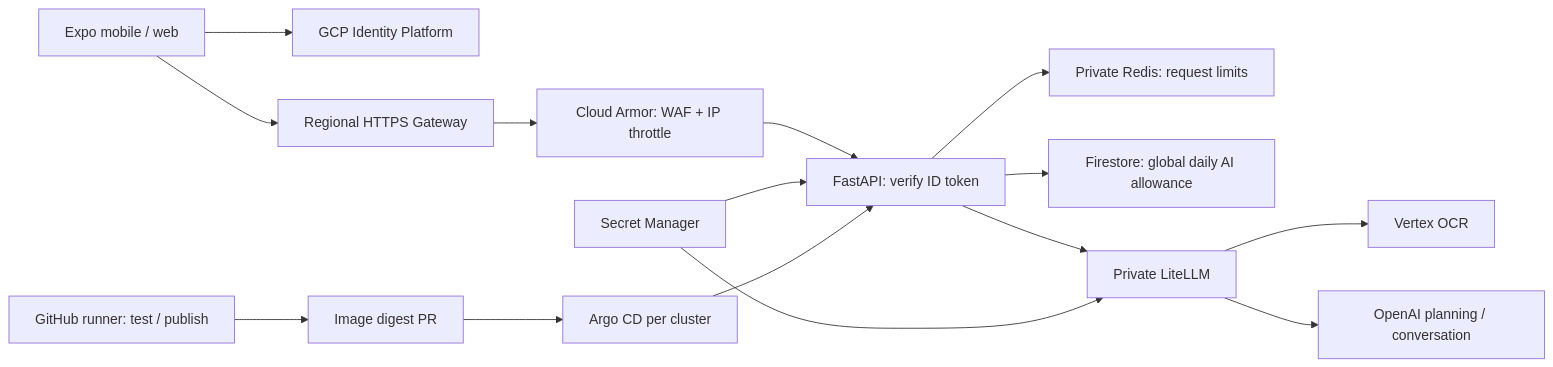
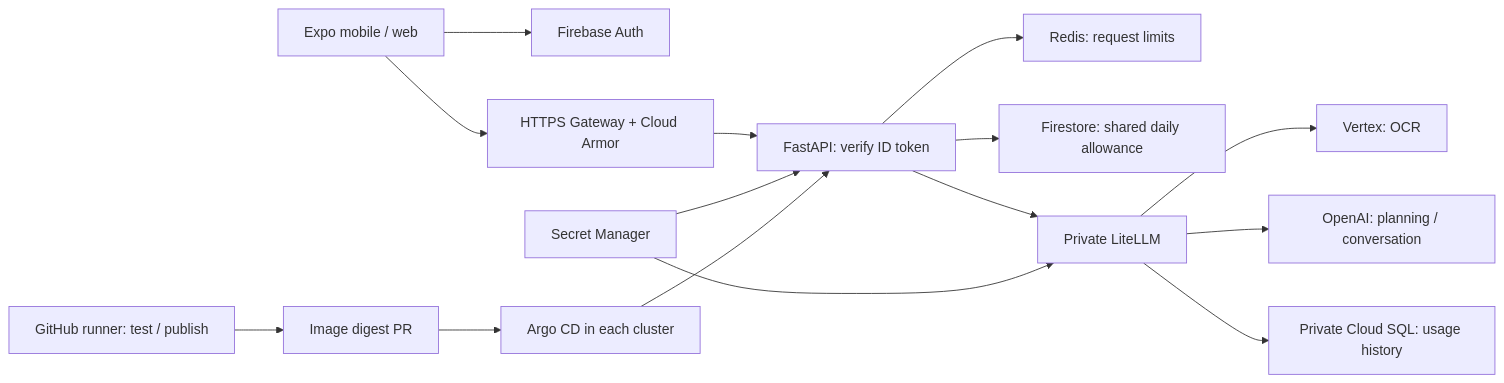
One commit to smg6135/my_smart_budgeter changed the diagram in docs/DEPLOYMENT.md. Above: the diagram before and after it, drawn with Mermaid. The commit also changed other lines of this file and 10 other files, not shown here.

Commit message:
Verify cloud deployment and document private LiteLLM dashboard

````diff
--- a/docs/DEPLOYMENT.md
+++ b/docs/DEPLOYMENT.md
@@ -7,17 +12,17 @@
 ```mermaid
 flowchart LR
-  FE[Expo mobile / web] --> Auth[GCP Identity Platform]
-  FE --> GW[Regional HTTPS Gateway]
-  GW --> WAF[Cloud Armor: WAF + IP throttle]
-  WAF --> API[FastAPI: verify ID token]
-  API --> Redis[Private Redis: request limits]
-  API --> FS[Firestore: global daily AI allowance]
+  FE[Expo mobile / web] --> Auth[Firebase Auth]
+  FE --> GW[HTTPS Gateway + Cloud Armor]
+  GW --> API[FastAPI: verify ID token]
+  API --> Redis[Redis: request limits]
+  API --> FS[Firestore: shared daily allowance]
   API --> AI[Private LiteLLM]
-  AI --> Vertex[Vertex OCR]
-  AI --> OpenAI[OpenAI planning / conversation]
+  AI --> Vertex[Vertex: OCR]
+  AI --> OpenAI[OpenAI: planning / conversation]
+  AI --> SQL[Private Cloud SQL: usage history]
   SM[Secret Manager] --> API
   SM --> AI
   CI[GitHub runner: test / publish] --> PR[Image digest PR]
-  PR --> Argo[Argo CD per cluster]
+  PR --> Argo[Argo CD in each cluster]
   Argo --> API
 ```
````
